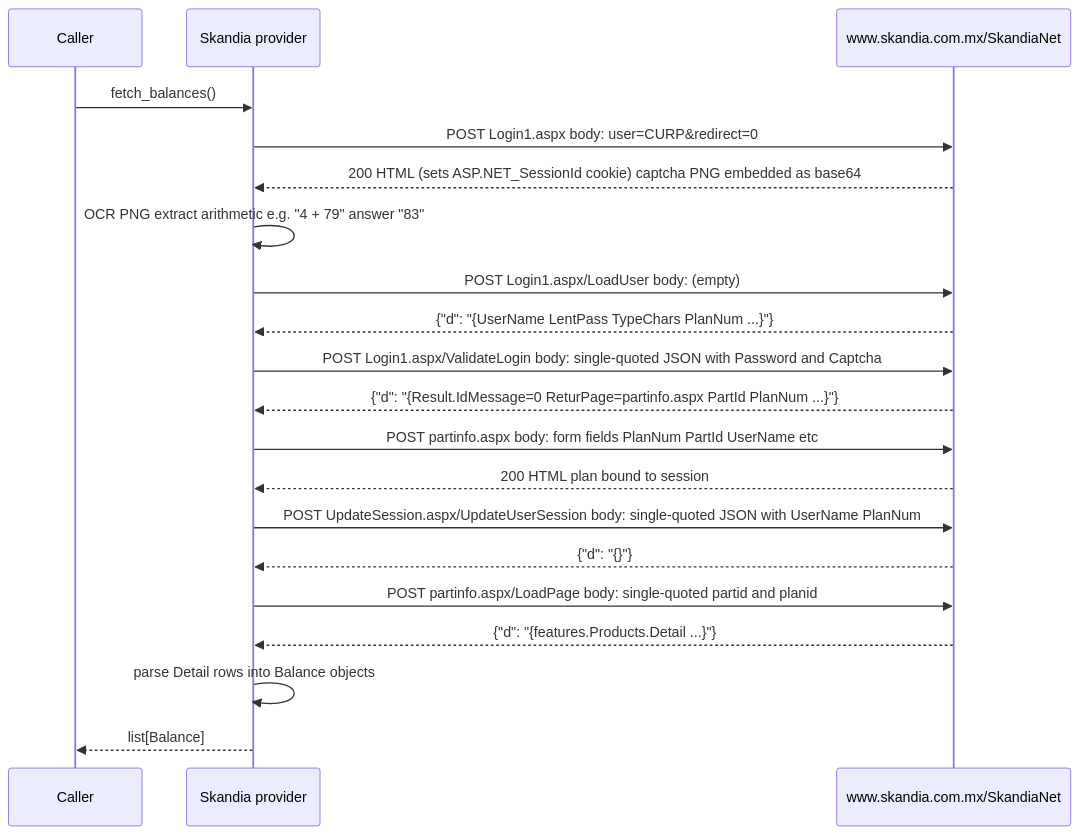
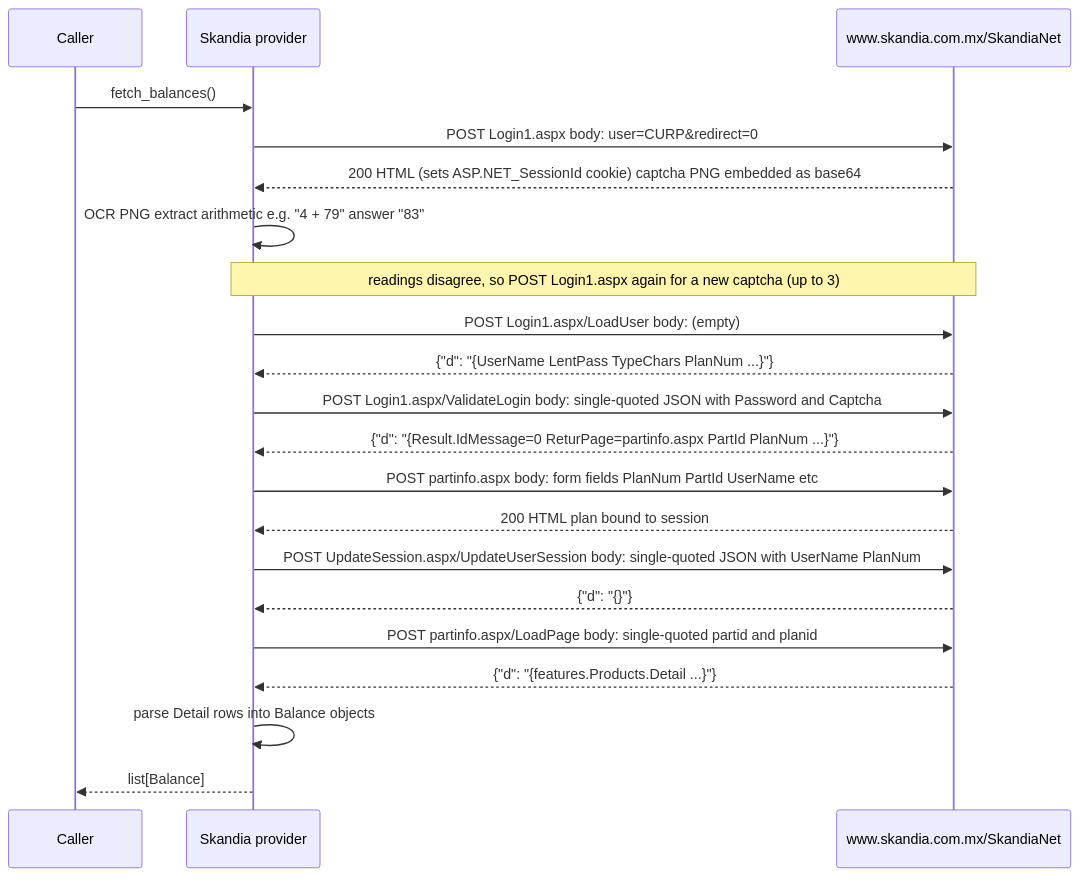
One commit to PaoloReyes/finscraper-mx changed the diagram in docs/flows/skandia.md. Above: the diagram before and after it, drawn with Mermaid. The commit also changed other lines of this file and 2 other files, not shown here.

First line of the commit message:
skandia: read the captcha reliably on any tesseract 5.5 build

````diff
--- a/docs/flows/skandia.md
+++ b/docs/flows/skandia.md
@@ -22,23 +25,24 @@
 ```mermaid
 sequenceDiagram
     participant C as Caller
     participant P as Skandia provider
     participant S as www.skandia.com.mx/SkandiaNet
 
     C->>P: fetch_balances()
     P->>S: POST Login1.aspx  body: user=CURP&redirect=0
     S-->>P: 200 HTML (sets ASP.NET_SessionId cookie) captcha PNG embedded as base64
     P->>P: OCR PNG extract arithmetic e.g. "4 + 79" answer "83"
+    Note over P,S: readings disagree, so POST Login1.aspx again for a new captcha (up to 3)
     P->>S: POST Login1.aspx/LoadUser  body: (empty)
     S-->>P: {"d": "{UserName LentPass TypeChars PlanNum ...}"}
     P->>S: POST Login1.aspx/ValidateLogin  body: single-quoted JSON with Password and Captcha
     S-->>P: {"d": "{Result.IdMessage=0 ReturPage=partinfo.aspx PartId PlanNum ...}"}
     P->>S: POST partinfo.aspx  body: form fields PlanNum PartId UserName etc
     S-->>P: 200 HTML plan bound to session
     P->>S: POST UpdateSession.aspx/UpdateUserSession  body: single-quoted JSON with UserName PlanNum
     S-->>P: {"d": "{}"}
     P->>S: POST partinfo.aspx/LoadPage  body: single-quoted partid and planid
     S-->>P: {"d": "{features.Products.Detail ...}"}
     P->>P: parse Detail rows into Balance objects
     P-->>C: list[Balance]
 ```
````
